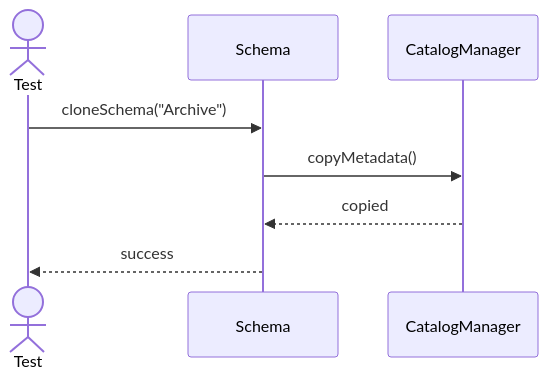
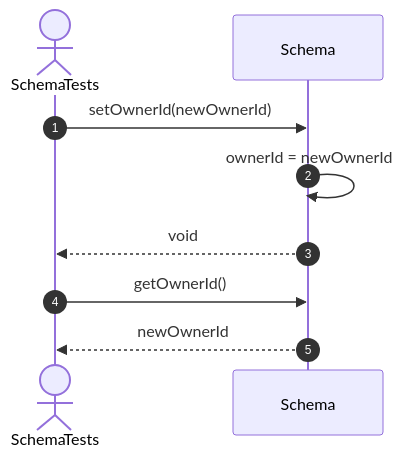
Diagram 15 of 15 in src/tests/unit/metadata/sequences/schemas-testing-sequences.md (FhuAnn/-bbv-AN-s-DBMS), drawn with Mermaid before and after one commit. The commit also changed other lines of this file and 60 other files, not shown here.

````diff
--- a/src/tests/unit/metadata/sequences/schemas-testing-sequences.md
+++ b/src/tests/unit/metadata/sequences/schemas-testing-sequences.md
@@ -408,11 +273,13 @@
 ```mermaid
 sequenceDiagram
-actor Test
-participant Schema
-participant CatalogManager
+    autonumber
+    actor Test as SchemaTests
+    participant Schema as Schema
 
-Test->>Schema: cloneSchema("Archive")
-Schema->>CatalogManager: copyMetadata()
-CatalogManager-->>Schema: copied
-Schema-->>Test: success
+    Test->>Schema: setOwnerId(newOwnerId)
+    Schema->>Schema: ownerId = newOwnerId
+    Schema-->>Test: void
+
+    Test->>Schema: getOwnerId()
+    Schema-->>Test: newOwnerId
 ```
````
